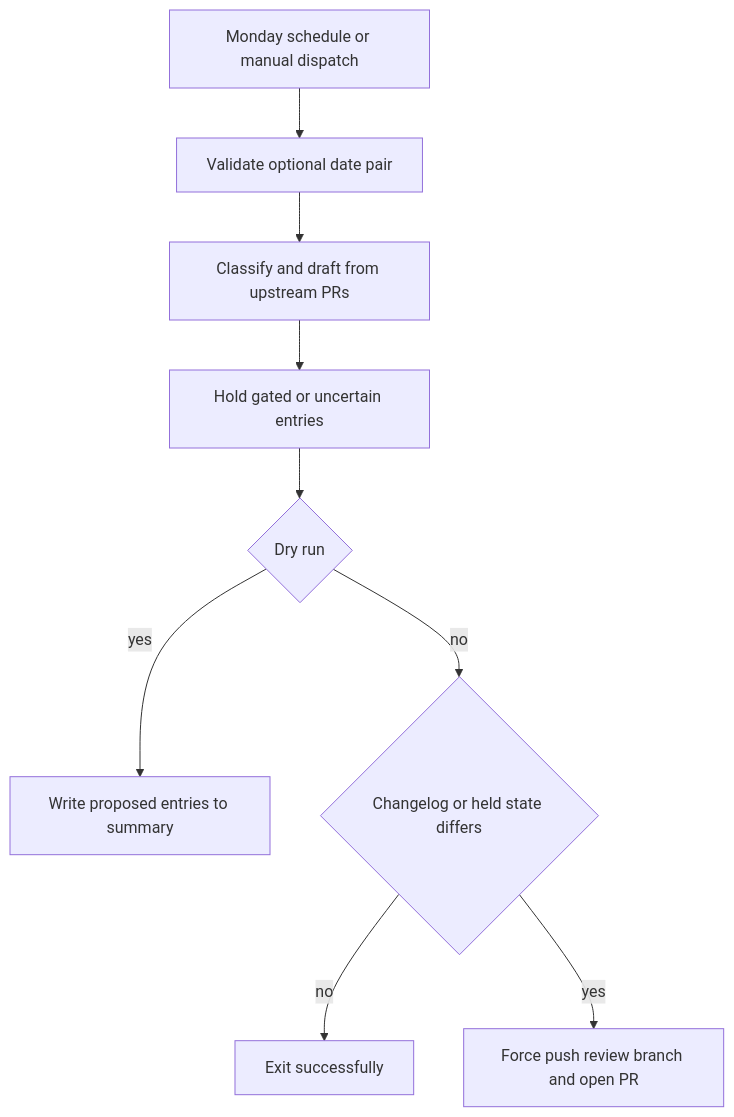
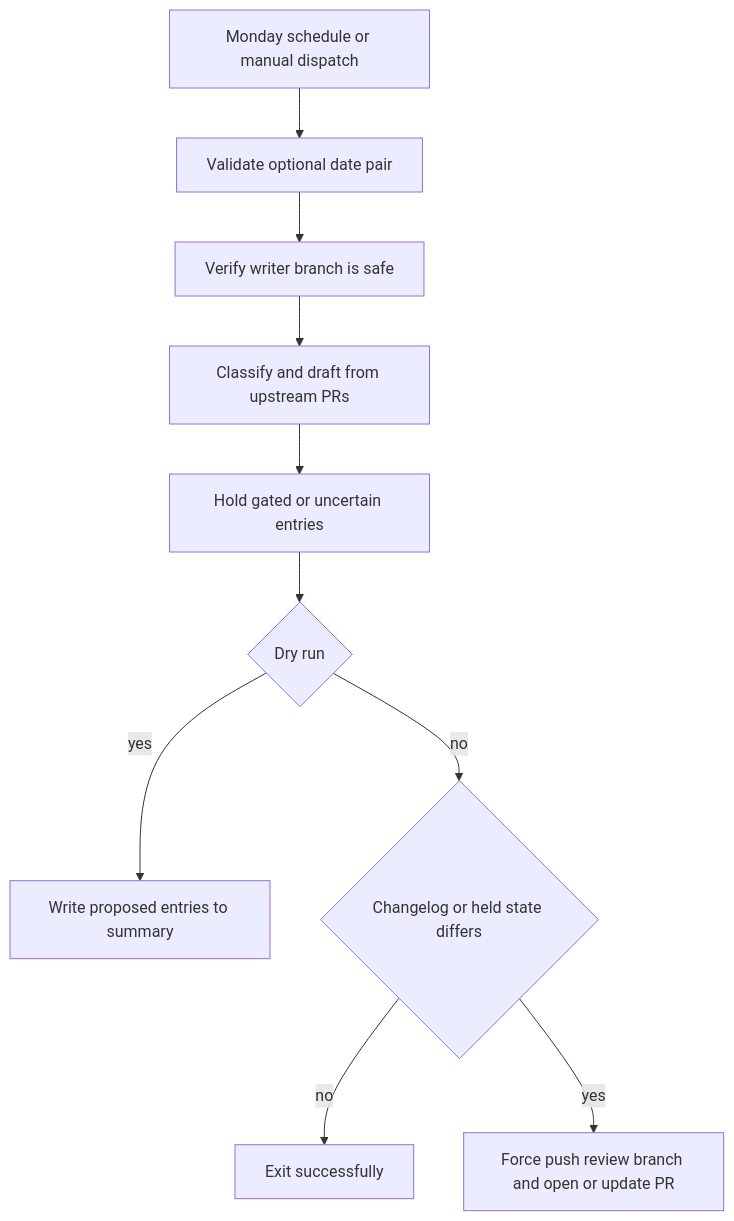
One commit to rishi-raj-jain/docs-1 changed the third of 3 diagrams in openwiki/integrations/github-actions.md. Above: the diagram before and after it, drawn with Mermaid. The commit also changed other lines of this file and 53 other files, not shown here.

````diff
--- a/openwiki/integrations/github-actions.md
+++ b/openwiki/integrations/github-actions.md
@@ -117,11 +133,12 @@
 ```mermaid
 flowchart TD
   Trigger["Monday schedule or manual dispatch"] --> Window["Validate optional date pair"]
-  Window --> Pipeline["Classify and draft from upstream PRs"]
+  Window --> Branch["Verify writer branch is safe"]
+  Branch --> Pipeline["Classify and draft from upstream PRs"]
   Pipeline --> Hold["Hold gated or uncertain entries"]
   Hold --> Mode{"Dry run"}
   Mode -->|"yes"| Summary["Write proposed entries to summary"]
   Mode -->|"no"| Diff{"Changelog or held state differs"}
   Diff -->|"no"| Noop["Exit successfully"]
-  Diff -->|"yes"| PR["Force push review branch and open PR"]
+  Diff -->|"yes"| PR["Force push review branch and open or update PR"]
 ```
````
